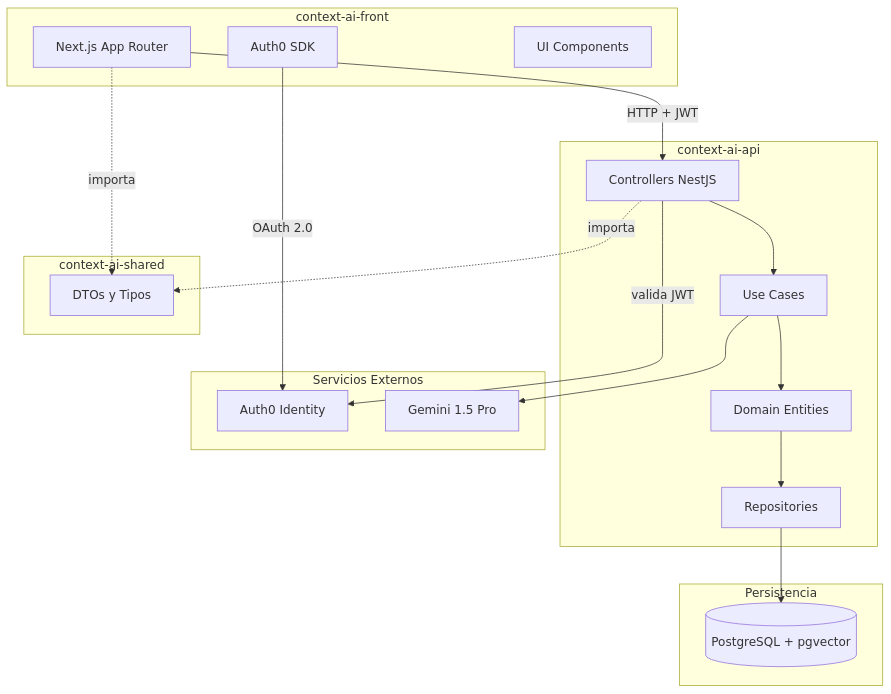
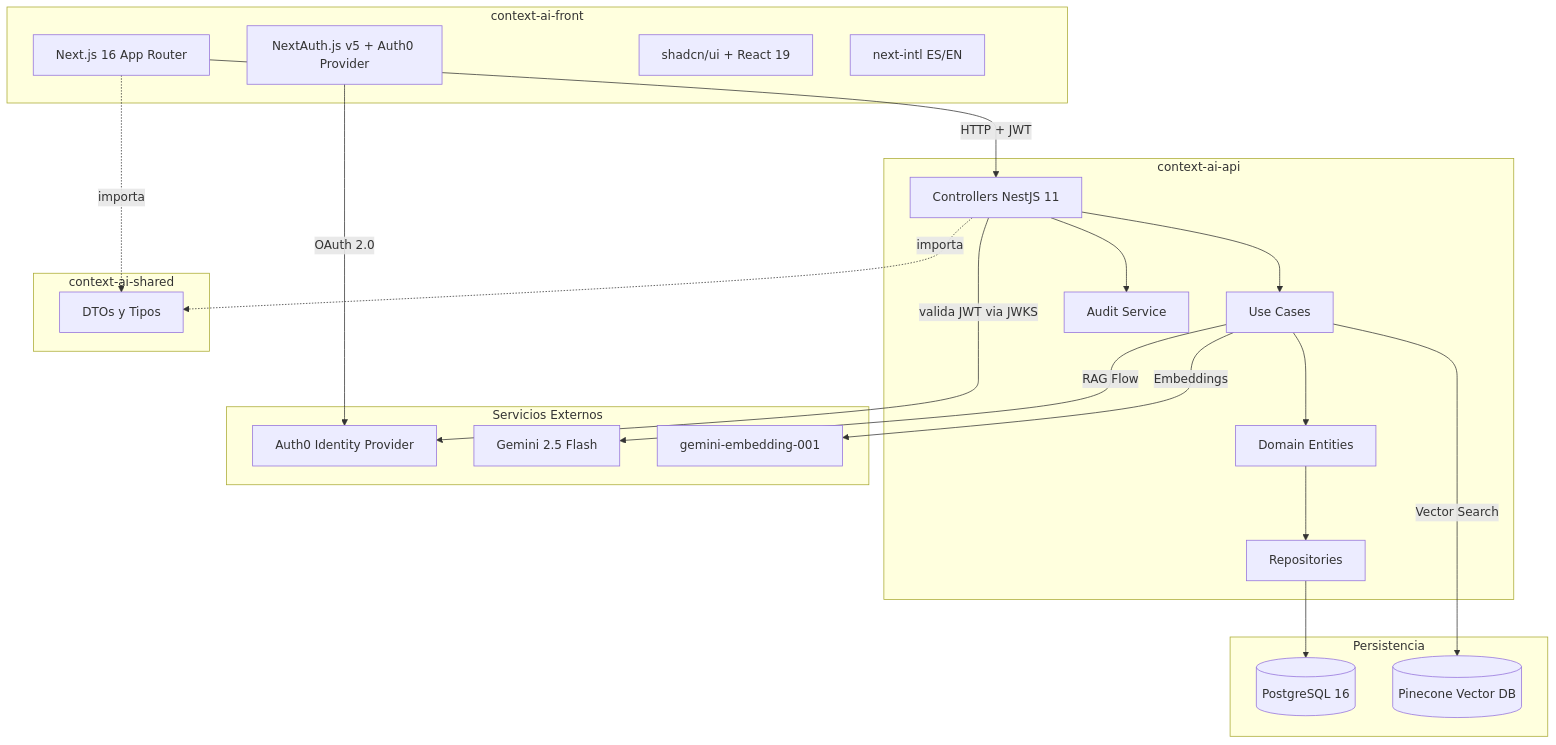
One commit to gromeroalfonso/context.ai changed the first of 2 diagrams in documentation/005-technical-architecture.md. Above: the diagram before and after it, drawn with Mermaid. The commit also changed other lines of this file and 23 other files, not shown here.

````diff
--- a/documentation/005-technical-architecture.md
+++ b/documentation/005-technical-architecture.md
@@ -398,39 +515,46 @@
 ```mermaid
 graph TB
     subgraph Frontend [context-ai-front]
-        NextJS[Next.js App Router]
-        Auth0SDK[Auth0 SDK]
-        UIComponents[UI Components]
+        NextJS[Next.js 16 App Router]
+        NextAuth[NextAuth.js v5 + Auth0 Provider]
+        UIComponents[shadcn/ui + React 19]
+        I18n[next-intl ES/EN]
     end
     
     subgraph Backend [context-ai-api]
-        Controllers[Controllers NestJS]
+        Controllers[Controllers NestJS 11]
         UseCases[Use Cases]
         Domain[Domain Entities]
         Repos[Repositories]
+        Audit[Audit Service]
     end
     
     subgraph External [Servicios Externos]
-        Auth0[Auth0 Identity]
-        Gemini[Gemini 1.5 Pro]
+        Auth0[Auth0 Identity Provider]
+        Gemini[Gemini 2.5 Flash]
+        GeminiEmbed[gemini-embedding-001]
     end
     
     subgraph Data [Persistencia]
-        PostgreSQL[(PostgreSQL + pgvector)]
+        PostgreSQL[(PostgreSQL 16)]
+        Pinecone[(Pinecone Vector DB)]
     end
     
     subgraph Shared [context-ai-shared]
         DTOs[DTOs y Tipos]
     end
     
     NextJS -->|HTTP + JWT| Controllers
     NextJS -.->|importa| DTOs
     Controllers -.->|importa| DTOs
-    Auth0SDK -->|OAuth 2.0| Auth0
-    Controllers -->|valida JWT| Auth0
+    NextAuth -->|OAuth 2.0| Auth0
+    Controllers -->|valida JWT via JWKS| Auth0
     Controllers --> UseCases
     UseCases --> Domain
     Domain --> Repos
     Repos --> PostgreSQL
-    UseCases --> Gemini
+    UseCases -->|RAG Flow| Gemini
+    UseCases -->|Embeddings| GeminiEmbed
+    UseCases -->|Vector Search| Pinecone
+    Controllers --> Audit
 ```
````
